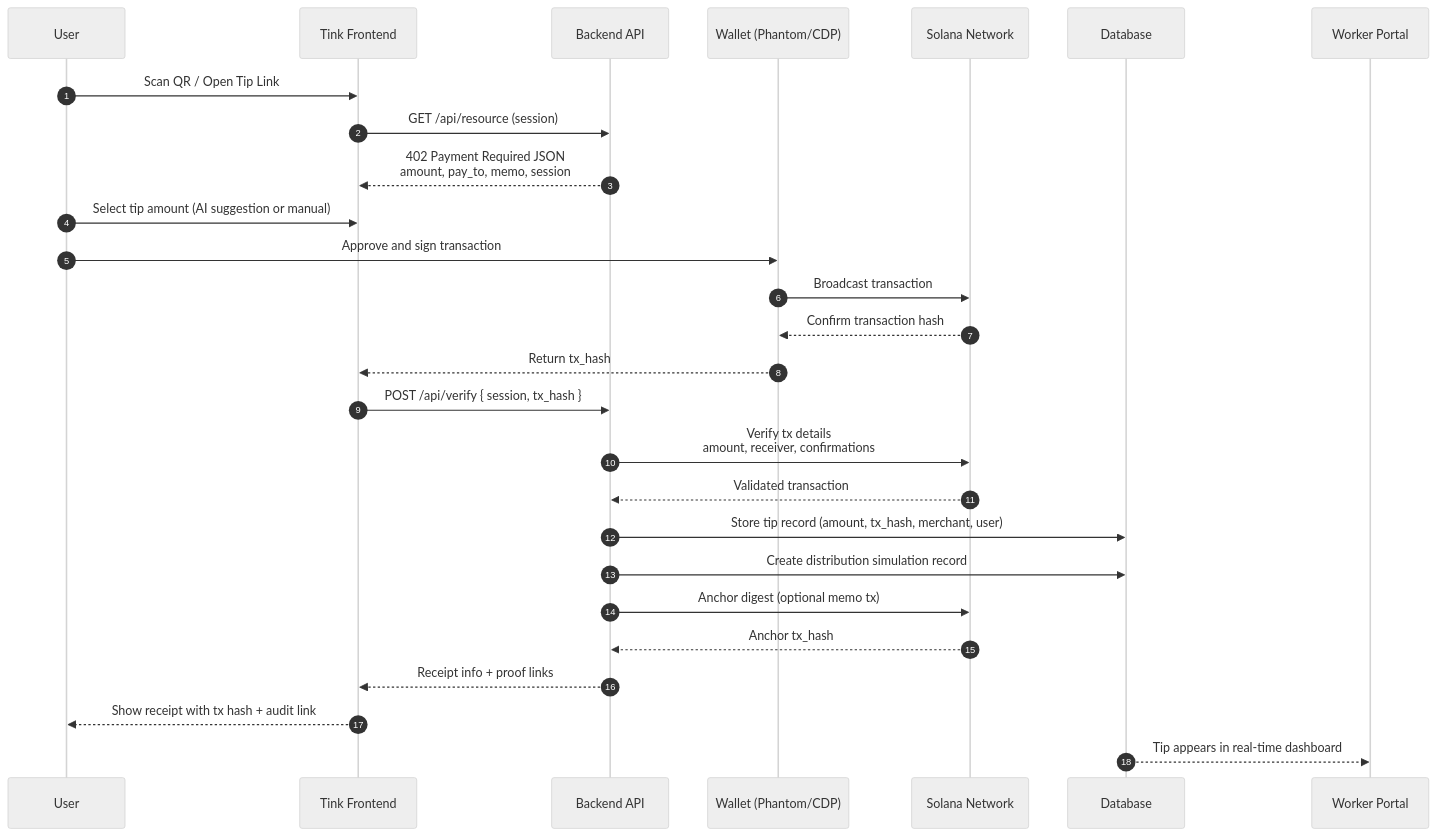
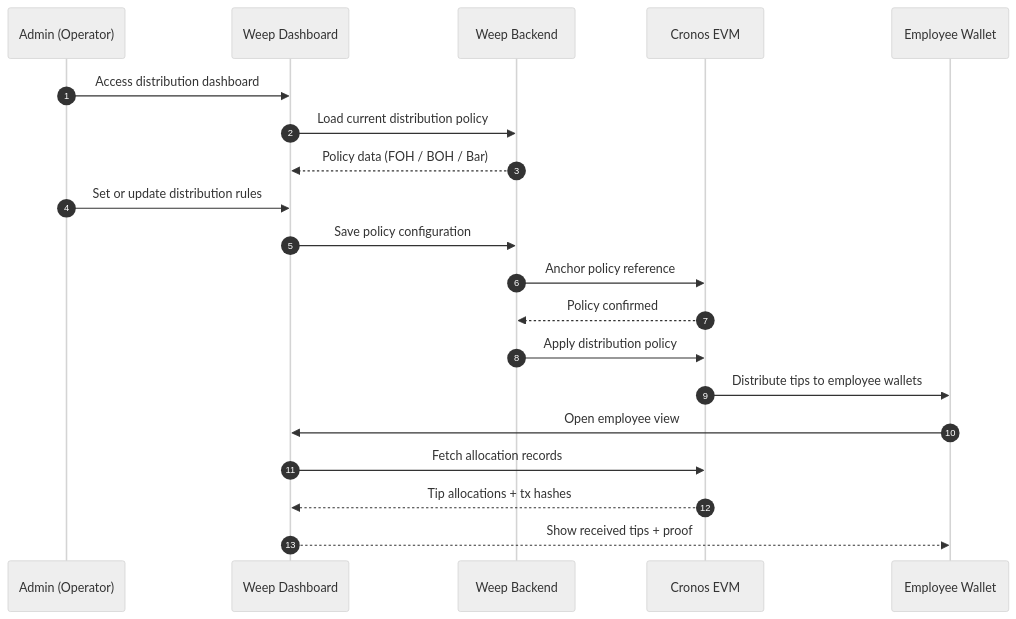
The second of 3 diagrams in README.md (okelo0121/Weep), drawn with Mermaid (neutral theme) before and after one commit. The commit also changed other lines of this file, not shown here.

````diff
--- a/README.md
+++ b/README.md
@@ -39,36 +104,30 @@
-``` mermaid
+```mermaid
 sequenceDiagram
     autonumber
+    participant Admin as Admin (Operator)
+    participant Dashboard as Weep Dashboard
+    participant Backend as Weep Backend
+    participant Chain as Cronos EVM
+    participant Employee as Employee Wallet
 
-    participant User as User
-    participant FE as Tink Frontend
-    participant BE as Backend API
-    participant Wallet as Wallet (Phantom/CDP)
-    participant Chain as Solana Network
-    participant DB as Database
-    participant Worker as Worker Portal
+    %% Admin defines policy
+    Admin ->> Dashboard: Access distribution dashboard
+    Dashboard ->> Backend: Load current distribution policy
+    Backend -->> Dashboard: Policy data (FOH / BOH / Bar)
 
-    User ->> FE: Scan QR / Open Tip Link
-    FE ->> BE: GET /api/resource (session)
-    BE -->> FE: 402 Payment Required JSON<br/>amount, pay_to, memo, session
+    Admin ->> Dashboard: Set or update distribution rules
+    Dashboard ->> Backend: Save policy configuration
+    Backend ->> Chain: Anchor policy reference
+    Chain -->> Backend: Policy confirmed
 
-    User ->> FE: Select tip amount (AI suggestion or manual)
-    User ->> Wallet: Approve and sign transaction
-    Wallet ->> Chain: Broadcast transaction
-    Chain -->> Wallet: Confirm transaction hash
-    Wallet -->> FE: Return tx_hash
+    %% Tip distribution happens (system-triggered)
+    Backend ->> Chain: Apply distribution policy
+    Chain ->> Employee: Distribute tips to employee wallets
 
-    FE ->> BE: POST /api/verify { session, tx_hash }
-    BE ->> Chain: Verify tx details<br/>amount, receiver, confirmations
-    Chain -->> BE: Validated transaction
-    BE ->> DB: Store tip record (amount, tx_hash, merchant, user)
-    BE ->> DB: Create distribution simulation record
+    %% Employee verifies outcome
+    Employee ->> Dashboard: Open employee view
+    Dashboard ->> Chain: Fetch allocation records
+    Chain -->> Dashboard: Tip allocations + tx hashes
 
-    BE ->> Chain: Anchor digest (optional memo tx)
-    Chain -->> BE: Anchor tx_hash
-
-    BE -->> FE: Receipt info + proof links
-    FE -->> User: Show receipt with tx hash + audit link
-
-    DB -->> Worker: Tip appears in real-time dashboard
+    Dashboard -->> Employee: Show received tips + proof
 ```
````
